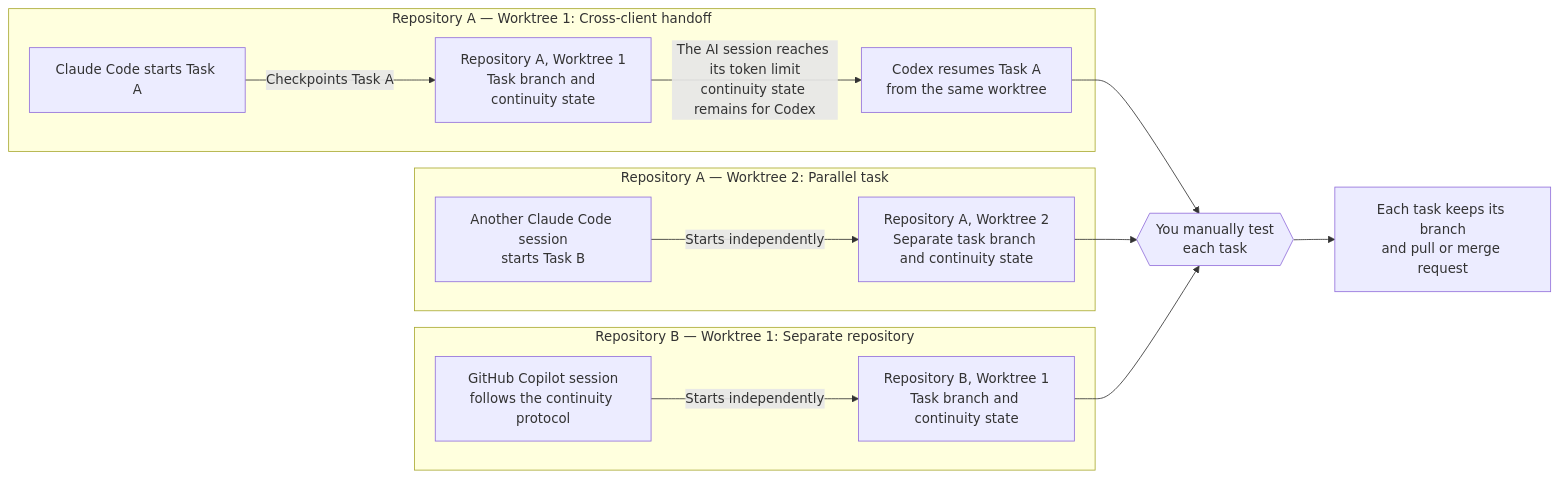
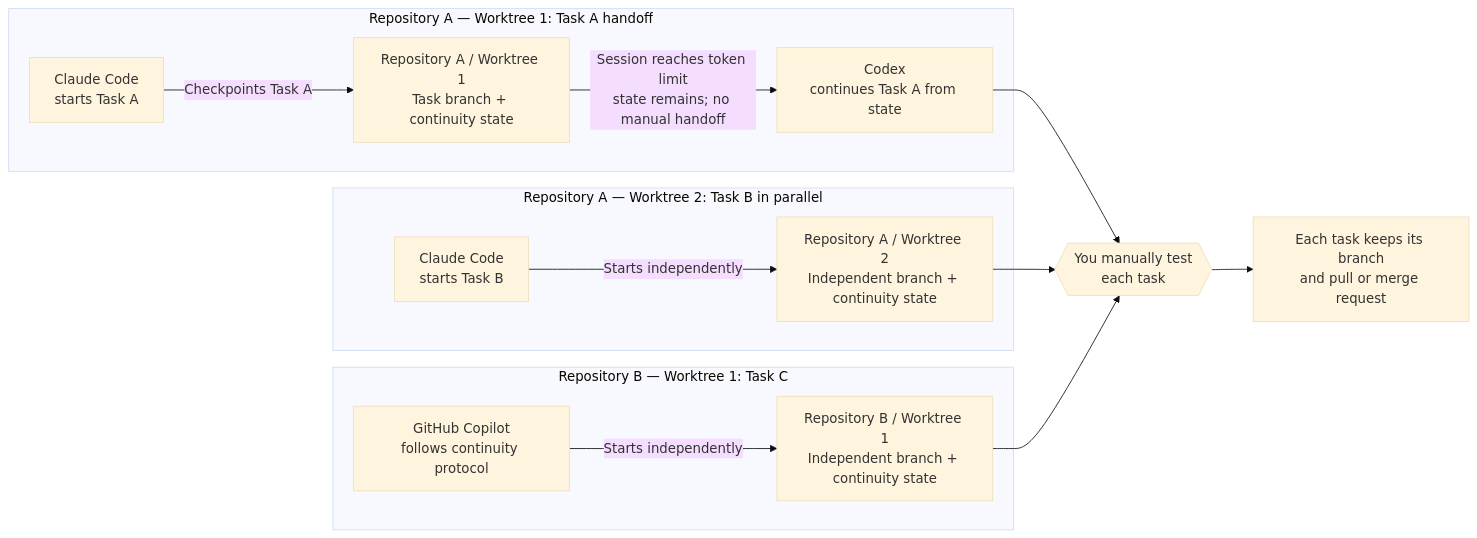
Before and after one commit to sherrilla71940/dotfiles: the third of 3 diagrams in README.md, drawn with Mermaid. The commit also changed other lines of this file and 1 other file, not shown here.

Commit message:
docs(readme): clarify Mermaid workflow diagrams

````diff
--- a/README.md
+++ b/README.md
@@ -275,30 +277,31 @@
 ```mermaid
+%%{init: {"theme": "base", "themeVariables": {"fontSize": "16px", "fontFamily": "system-ui, sans-serif"}}}%%
 flowchart LR
-    subgraph taskA["Repository A — Worktree 1: Cross-client handoff"]
-        claudeA["Claude Code starts Task A"]
-        workA["Repository A, Worktree 1<br/>Task branch and continuity state"]
-        codexA["Codex resumes Task A<br/>from the same worktree"]
+    subgraph taskA["Repository A — Worktree 1: Task A handoff"]
+        claudeA["Claude Code<br/>starts Task A"]
+        workA["Repository A / Worktree 1<br/>Task branch + continuity state"]
+        codexA["Codex<br/>continues Task A from state"]
         claudeA -->|"Checkpoints Task A"| workA
-        workA -->|"The AI session reaches its token limit<br/>continuity state remains for Codex"| codexA
+        workA -->|"Session reaches token limit<br/>state remains; no manual handoff"| codexA
     end
 
-    subgraph taskB["Repository A — Worktree 2: Parallel task"]
-        claudeB["Another Claude Code session<br/>starts Task B"]
-        workB["Repository A, Worktree 2<br/>Separate task branch and continuity state"]
+    subgraph taskB["Repository A — Worktree 2: Task B in parallel"]
+        claudeB["Claude Code<br/>starts Task B"]
+        workB["Repository A / Worktree 2<br/>Independent branch + continuity state"]
         claudeB -->|"Starts independently"| workB
     end
 
-    subgraph taskC["Repository B — Worktree 1: Separate repository"]
-        copilotC["GitHub Copilot session<br/>follows the continuity protocol"]
-        workC["Repository B, Worktree 1<br/>Task branch and continuity state"]
+    subgraph taskC["Repository B — Worktree 1: Task C"]
+        copilotC["GitHub Copilot<br/>follows continuity protocol"]
+        workC["Repository B / Worktree 1<br/>Independent branch + continuity state"]
         copilotC -->|"Starts independently"| workC
     end
 
     gate{{"You manually test<br/>each task"}}
     out["Each task keeps its branch<br/>and pull or merge request"]
 
     codexA --> gate
     workB --> gate
     workC --> gate
     gate --> out
 ```
````
